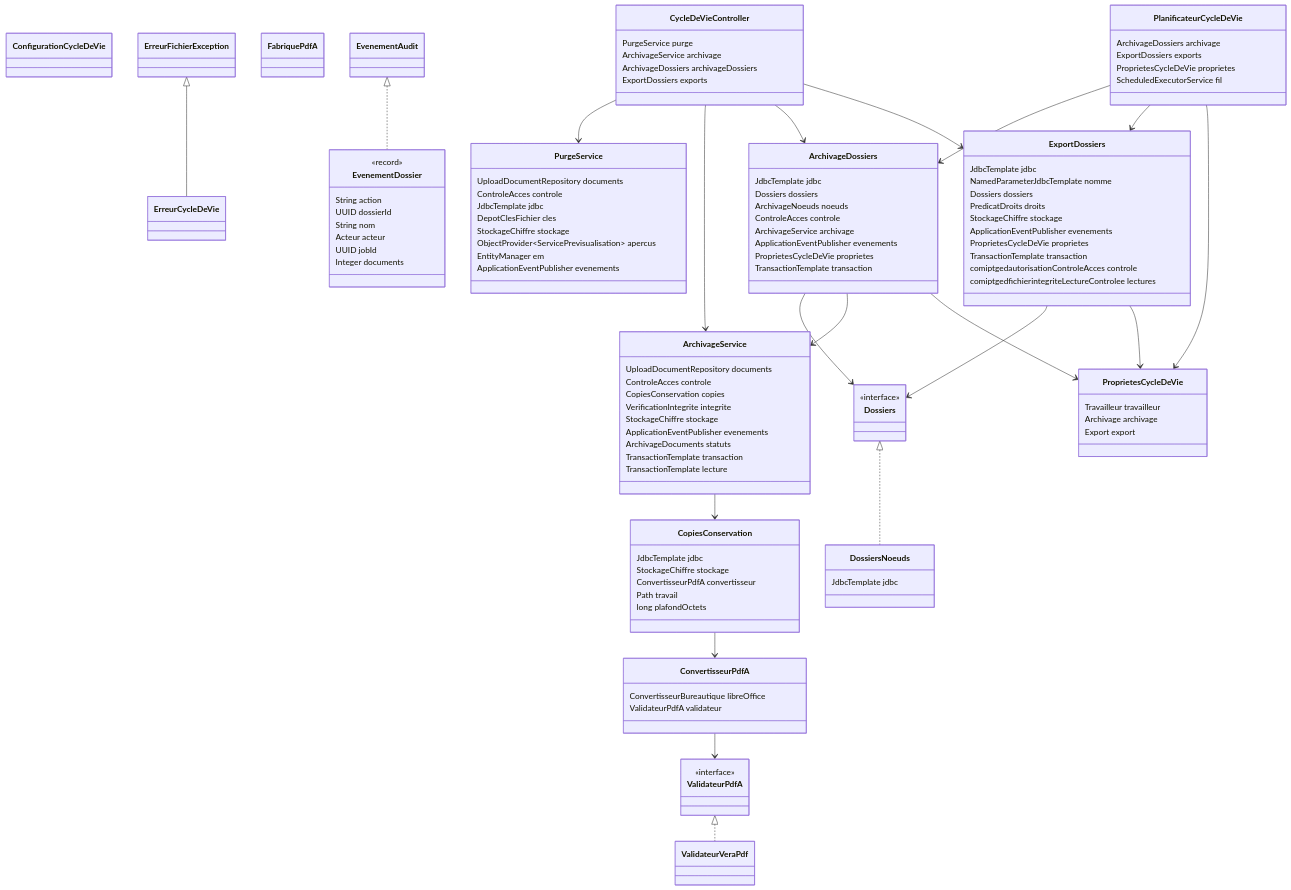
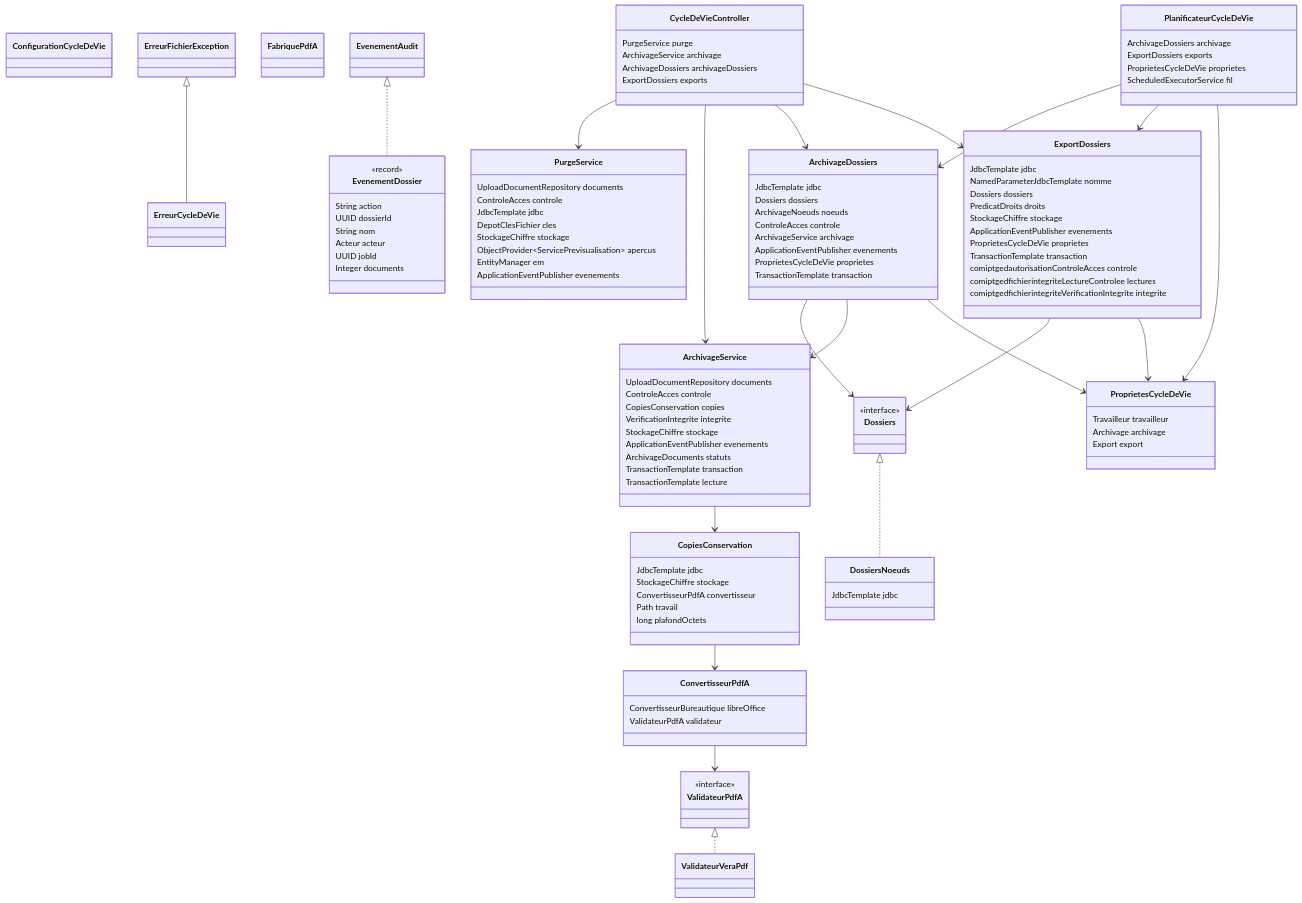
Diagram 12 of 23 in docs/modelisation/CLASSES.md (abddou2000/GED), drawn with Mermaid before and after one commit. The commit also changed other lines of this file and 13 other files, not shown here.

```diff
--- a/docs/modelisation/CLASSES.md
+++ b/docs/modelisation/CLASSES.md
@@ -1552,6 +1605,7 @@
     TransactionTemplate transaction
     comiptgedautorisationControleAcces controle
     comiptgedfichierintegriteLectureControlee lectures
+    comiptgedfichierintegriteVerificationIntegrite integrite
   }
   class FabriquePdfA {
   }
```
